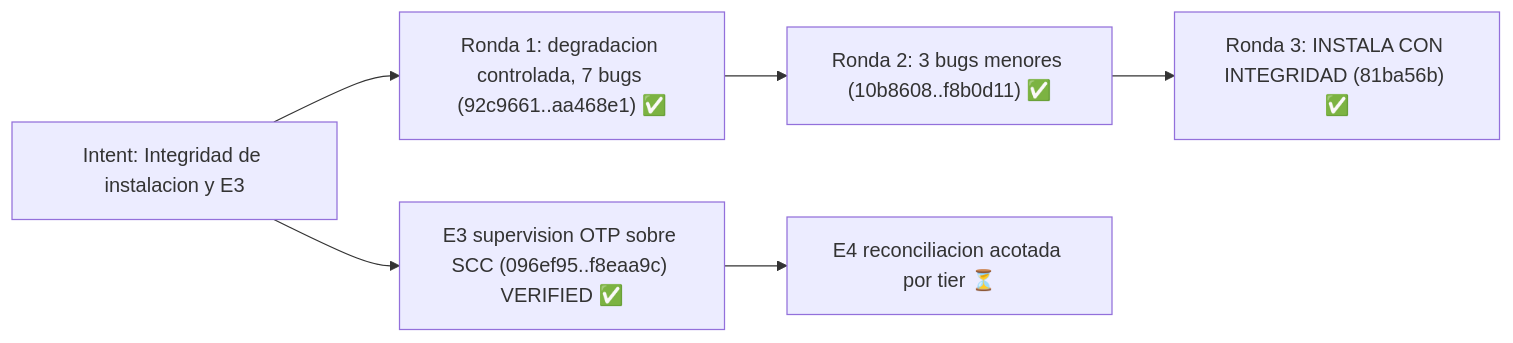
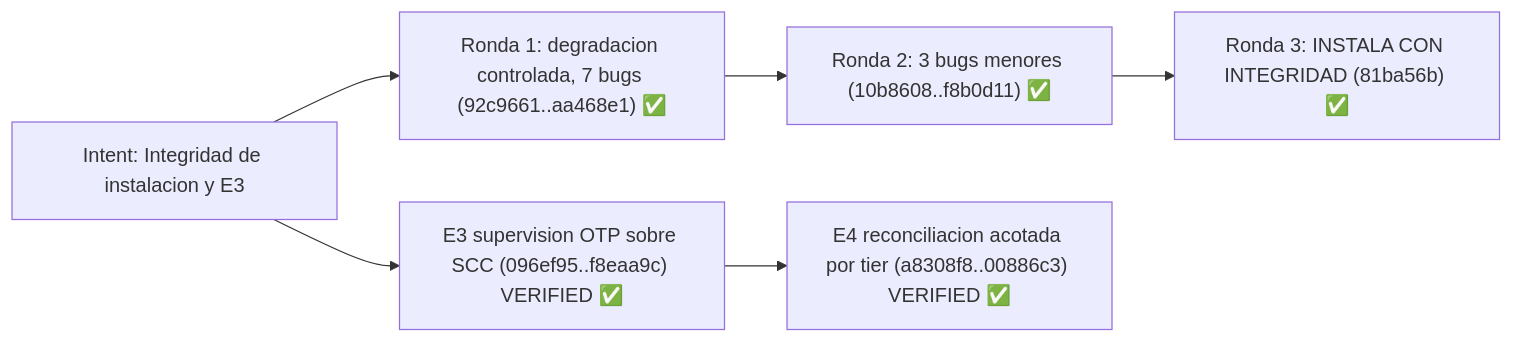
The fifth of 6 diagrams in docs/MILESTONES.md (ancrz/agent-execution-plane), drawn with Mermaid before and after one commit. The commit also changed other lines of this file and 5 other files, not shown here.

````diff
--- a/docs/MILESTONES.md
+++ b/docs/MILESTONES.md
@@ -280,8 +280,8 @@
 ```mermaid
 flowchart LR
     I7["Intent: Integridad de instalacion y E3"] --> R1["Ronda 1: degradacion controlada, 7 bugs (92c9661..aa468e1) ✅"]
     R1 --> R2["Ronda 2: 3 bugs menores (10b8608..f8b0d11) ✅"]
     R2 --> R3["Ronda 3: INSTALA CON INTEGRIDAD (81ba56b) ✅"]
     I7 --> E3["E3 supervision OTP sobre SCC (096ef95..f8eaa9c) VERIFIED ✅"]
-    E3 --> E4["E4 reconciliacion acotada por tier ⏳"]
+    E3 --> E4["E4 reconciliacion acotada por tier (a8308f8..00886c3) VERIFIED ✅"]
 ```
````
